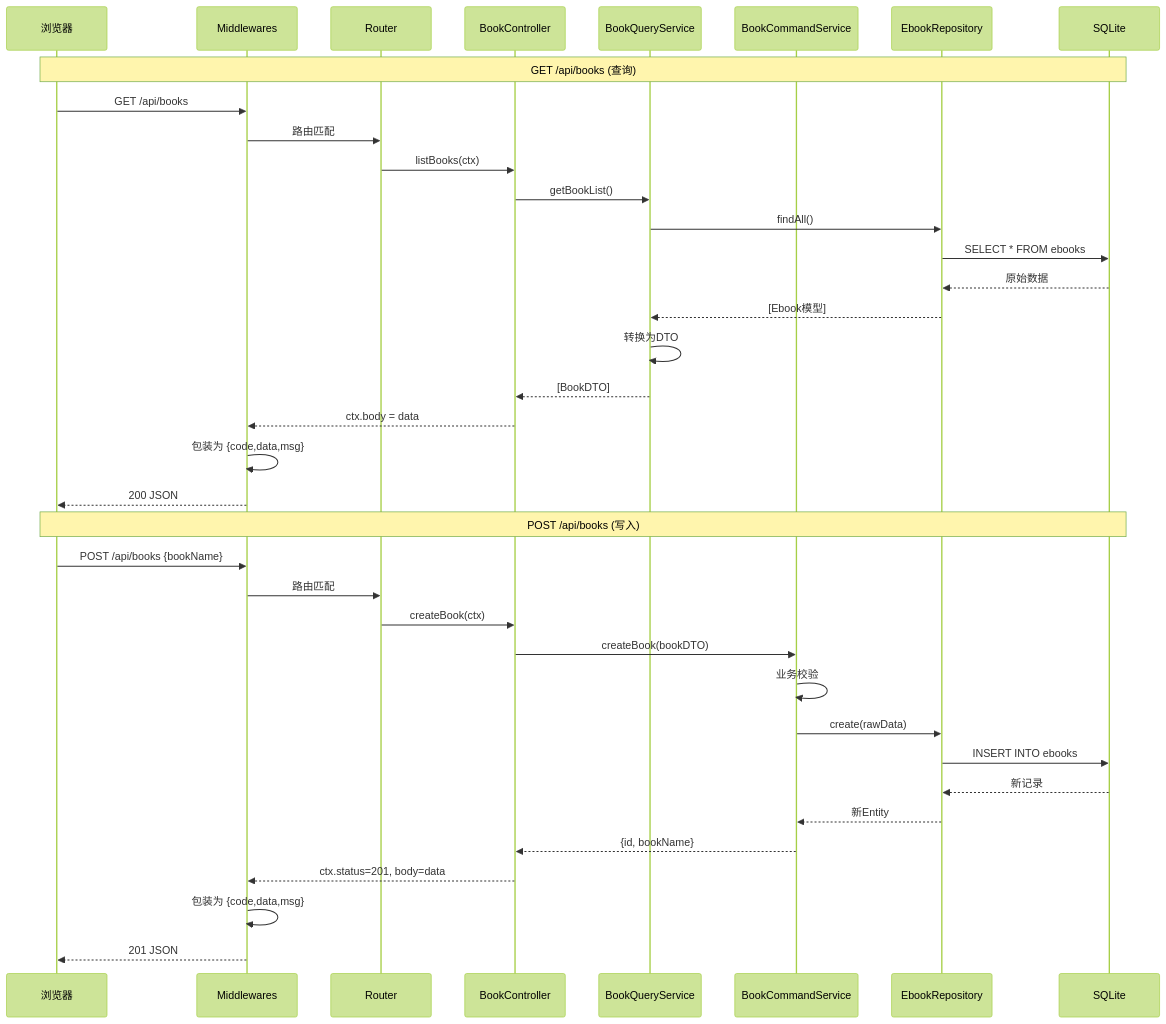
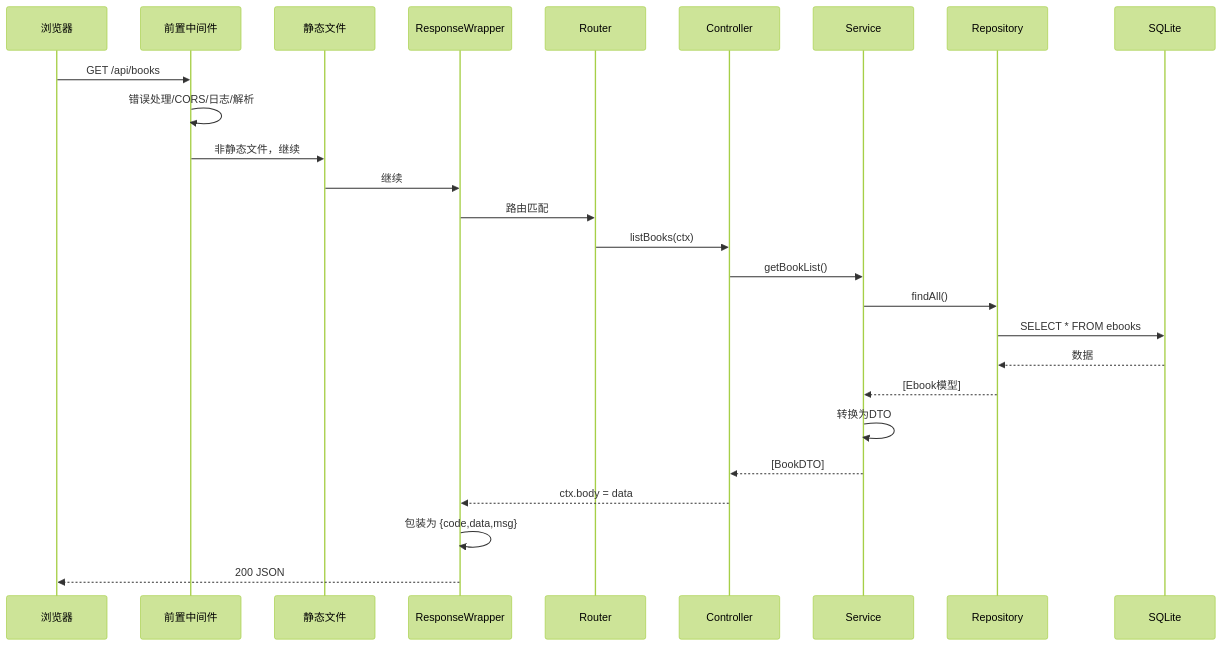
Before and after one commit to EbookWorkshop/Api-v4: the diagram in docs/sequence-diagram.mmd, drawn with Mermaid (forest theme). The commit also changed 11 other files, not shown here.

```diff
--- a/docs/sequence-diagram.mmd
+++ b/docs/sequence-diagram.mmd
@@ -1,39 +1,27 @@
 sequenceDiagram
     participant Client as 浏览器
-    participant MW as Middlewares
+    participant MW as 前置中间件
+    participant Static as 静态文件
+    participant Wrapper as ResponseWrapper
     participant Router as Router
-    participant Controller as BookController
-    participant Query as BookQueryService
-    participant Command as BookCommandService
-    participant Repo as EbookRepository
+    participant Controller as Controller
+    participant Service as Service
+    participant Repo as Repository
     participant DB as SQLite
 
-    Note over Client,DB: GET /api/books (查询)
     Client->>MW: GET /api/books
-    MW->>Router: 路由匹配
+    MW->>MW: 错误处理/CORS/日志/解析
+    MW->>Static: 非静态文件，继续
+    Static->>Wrapper: 继续
+    Wrapper->>Router: 路由匹配
     Router->>Controller: listBooks(ctx)
-    Controller->>Query: getBookList()
-    Query->>Repo: findAll()
+    Controller->>Service: getBookList()
+    Service->>Repo: findAll()
     Repo->>DB: SELECT * FROM ebooks
-    DB-->>Repo: 原始数据
-    Repo-->>Query: [Ebook模型]
-    Query->>Query: 转换为DTO
-    Query-->>Controller: [BookDTO]
-    Controller-->>MW: ctx.body = data
-    MW->>MW: 包装为 {code,data,msg}
-    MW-->>Client: 200 JSON
-
-    Note over Client,DB: POST /api/books (写入)
-    Client->>MW: POST /api/books {bookName}
-    MW->>Router: 路由匹配
-    Router->>Controller: createBook(ctx)
-    Controller->>Command: createBook(bookDTO)
-    Command->>Command: 业务校验
-    Command->>Repo: create(rawData)
-    Repo->>DB: INSERT INTO ebooks
-    DB-->>Repo: 新记录
-    Repo-->>Command: 新Entity
-    Command-->>Controller: {id, bookName}
-    Controller-->>MW: ctx.status=201, body=data
-    MW->>MW: 包装为 {code,data,msg}
-    MW-->>Client: 201 JSON
+    DB-->>Repo: 数据
+    Repo-->>Service: [Ebook模型]
+    Service->>Service: 转换为DTO
+    Service-->>Controller: [BookDTO]
+    Controller-->>Wrapper: ctx.body = data
+    Wrapper->>Wrapper: 包装为 {code,data,msg}
+    Wrapper-->>Client: 200 JSON
```
